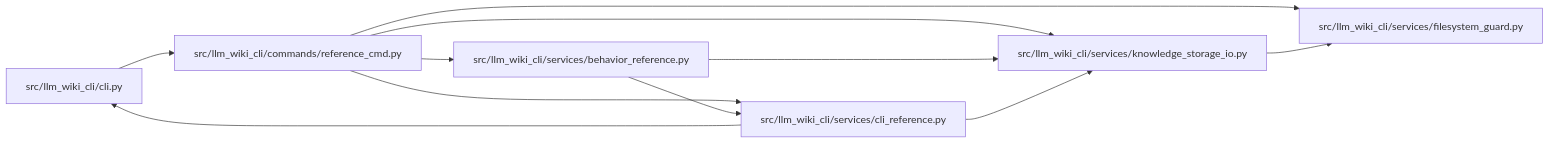
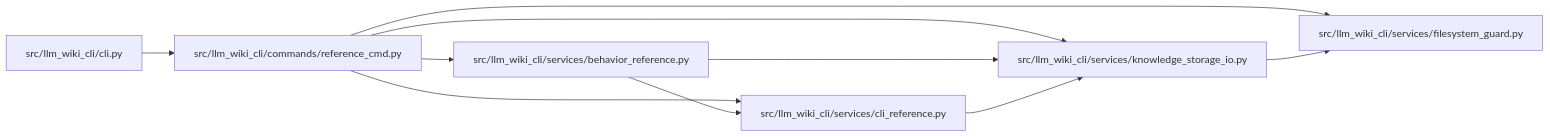
One commit to Denissvgn/python-wiki-llm changed the diagram in docs/llm_wiki/modules/reference_cmd.md. Above: the diagram before and after it, drawn with Mermaid. The commit also changed other lines of this file and 1555 other files, not shown here.

````diff
--- a/docs/llm_wiki/modules/reference_cmd.md
+++ b/docs/llm_wiki/modules/reference_cmd.md
@@ -25,25 +25,24 @@
 ```mermaid
 flowchart LR
     n0["src/llm_wiki_cli/cli.py"]
     n1["src/llm_wiki_cli/commands/reference_cmd.py"]
     n2["src/llm_wiki_cli/services/behavior_reference.py"]
     n3["src/llm_wiki_cli/services/cli_reference.py"]
     n4["src/llm_wiki_cli/services/filesystem_guard.py"]
     n5["src/llm_wiki_cli/services/knowledge_storage_io.py"]
     n0 --> n1
     n1 --> n2
     n1 --> n3
     n1 --> n4
     n1 --> n5
     n2 --> n3
     n2 --> n5
-    n3 --> n0
     n3 --> n5
     n5 --> n4
     click n0 "../modules/cli.md"
     click n1 "../modules/reference_cmd.md"
     click n2 "../modules/behavior_reference.md"
     click n3 "../modules/cli_reference.md"
     click n4 "../modules/filesystem_guard.md"
     click n5 "../modules/knowledge_storage_io.md"
 ```
````
